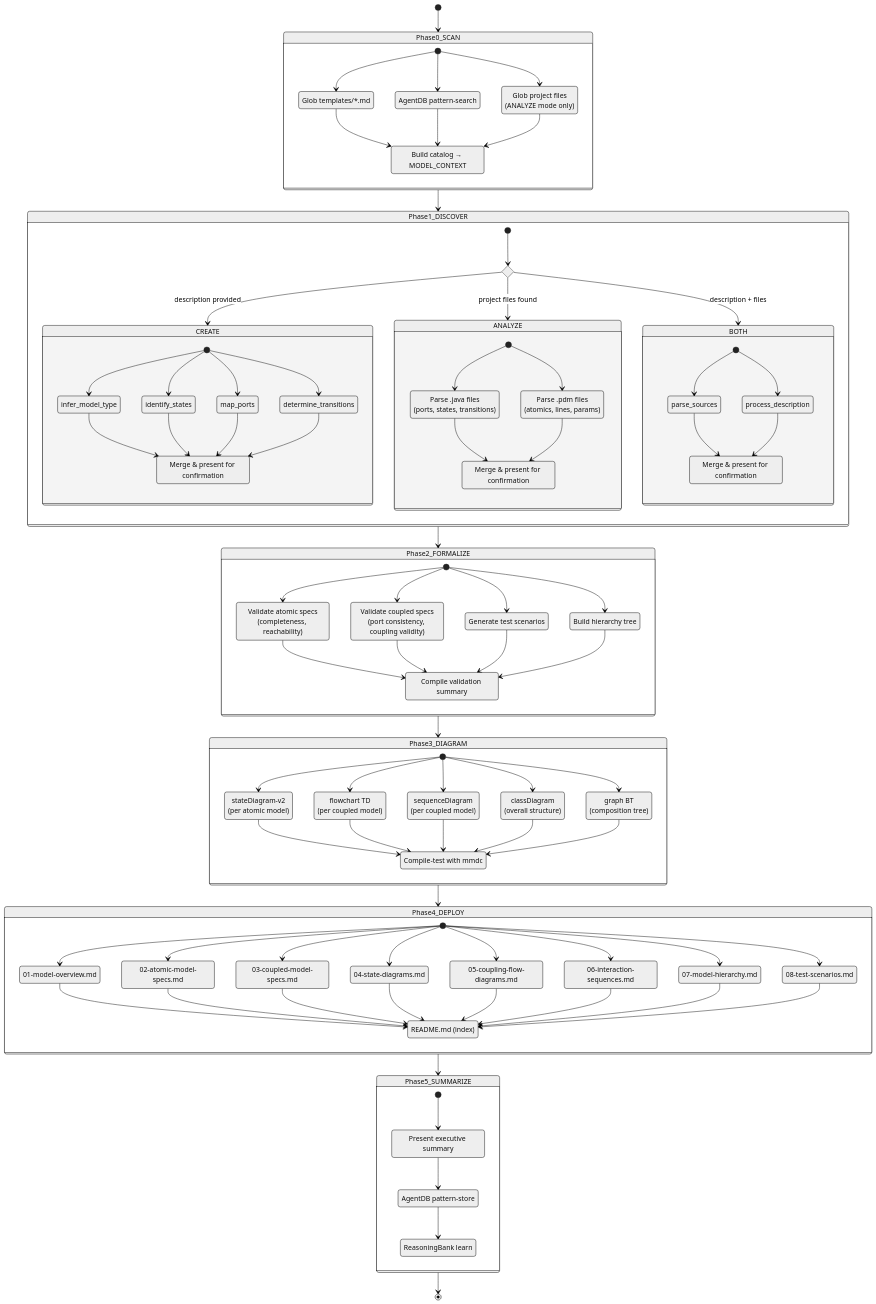
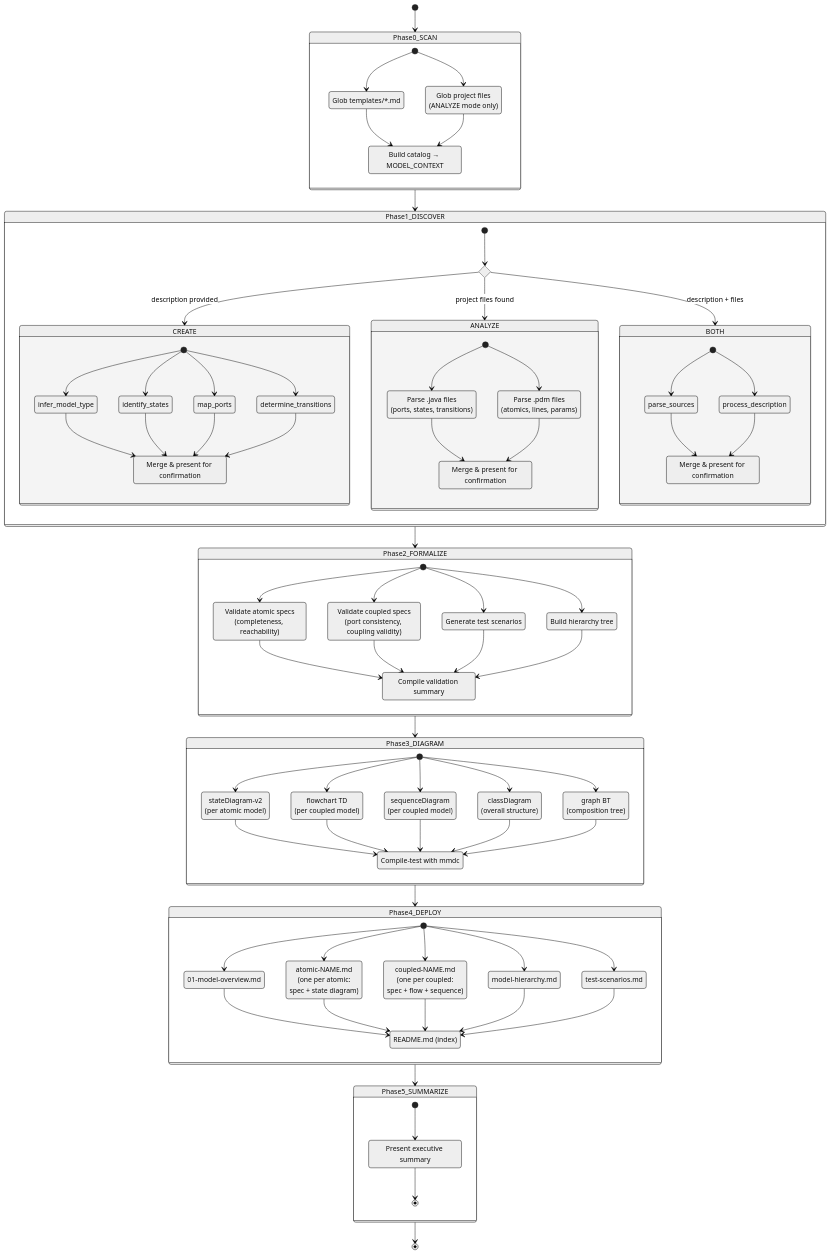
The first of 8 diagrams in skills/devs-model-outline/SKILL.md (ckoertje-rtsync/devs-skills-claude), drawn with Mermaid (neutral theme) before and after one commit. The commit also changed other lines of this file and 9 other files, not shown here.

First line of the commit message:
devs-model-outline: emit one self-contained spec per model and drop AgentDB hooks

```diff
--- a/skills/devs-model-outline/SKILL.md
+++ b/skills/devs-model-outline/SKILL.md
@@ -22,13 +22,10 @@
 
     state Phase0_SCAN {
         [*] --> scan_templates
-        [*] --> scan_agentdb
         [*] --> scan_project
         scan_templates: Glob templates/*.md
-        scan_agentdb: AgentDB pattern-search
         scan_project: Glob project files<br/>(ANALYZE mode only)
         scan_templates --> build_catalog
-        scan_agentdb --> build_catalog
         scan_project --> build_catalog
         build_catalog: Build catalog → MODEL_CONTEXT
     }
@@ -118,25 +115,16 @@
         [*] --> write_overview
         [*] --> write_atomic_specs
         [*] --> write_coupled_specs
-        [*] --> write_state_diags
-        [*] --> write_flow_diags
-        [*] --> write_sequences
         [*] --> write_hierarchy
         [*] --> write_tests
         write_overview: 01-model-overview.md
-        write_atomic_specs: 02-atomic-model-specs.md
-        write_coupled_specs: 03-coupled-model-specs.md
-        write_state_diags: 04-state-diagrams.md
-        write_flow_diags: 05-coupling-flow-diagrams.md
-        write_sequences: 06-interaction-sequences.md
-        write_hierarchy: 07-model-hierarchy.md
-        write_tests: 08-test-scenarios.md
+        write_atomic_specs: atomic-NAME.md<br/>(one per atomic:<br/>spec + state diagram)
+        write_coupled_specs: coupled-NAME.md<br/>(one per coupled:<br/>spec + flow + sequence)
+        write_hierarchy: model-hierarchy.md
+        write_tests: test-scenarios.md
         write_overview --> write_readme
         write_atomic_specs --> write_readme
         write_coupled_specs --> write_readme
-        write_state_diags --> write_readme
-        write_flow_diags --> write_readme
-        write_sequences --> write_readme
         write_hierarchy --> write_readme
         write_tests --> write_readme
         write_readme: README.md (index)
@@ -147,10 +135,7 @@
     state Phase5_SUMMARIZE {
         [*] --> present_summary
         present_summary: Present executive summary
-        present_summary --> store_patterns
-        store_patterns: AgentDB pattern-store
-        store_patterns --> train_reasoning
-        train_reasoning: ReasoningBank learn
+        present_summary --> [*]
     }
 
     Phase5_SUMMARIZE --> [*]
```
